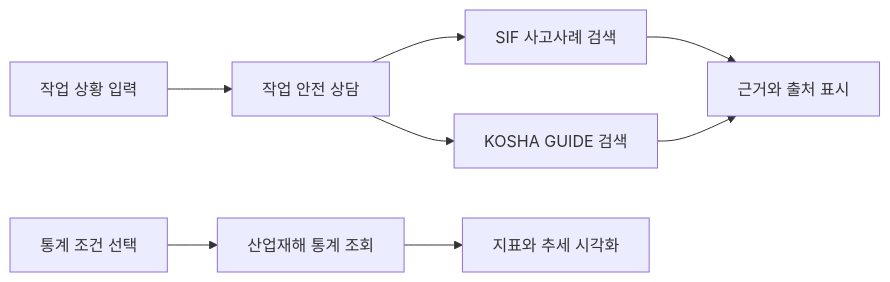
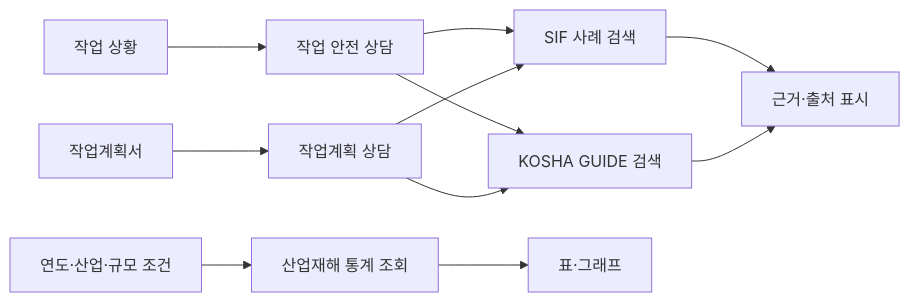
The diagram in README.md (encore-ai-campus/mle-02-p1-team2), drawn with Mermaid before and after one commit. The commit also changed other lines of this file and 5 other files, not shown here.

````diff
--- a/README.md
+++ b/README.md
@@ -20,10 +24,13 @@
 ```mermaid
 flowchart LR
-    U[작업 상황 입력] --> R[작업 안전 상담]
-    R --> S[SIF 사고사례 검색]
-    R --> K[KOSHA GUIDE 검색]
-    S --> E[근거와 출처 표시]
+    U[작업 상황] --> C[작업 안전 상담]
+    C --> S[SIF 사례 검색]
+    C --> K[KOSHA GUIDE 검색]
+    S --> E[근거·출처 표시]
     K --> E
-    Q[통계 조건 선택] --> A[산업재해 통계 조회]
-    A --> C[지표와 추세 시각화]
+    P[작업계획서] --> PC[작업계획 상담]
+    PC --> S
+    PC --> K
+    F[연도·산업·규모 조건] --> A[산업재해 통계 조회]
+    A --> V[표·그래프]
 ```
````
